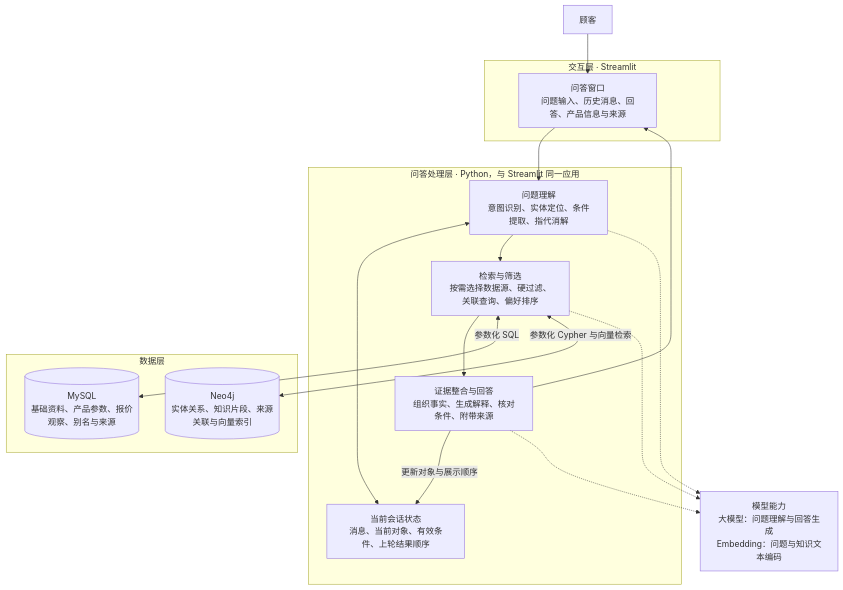
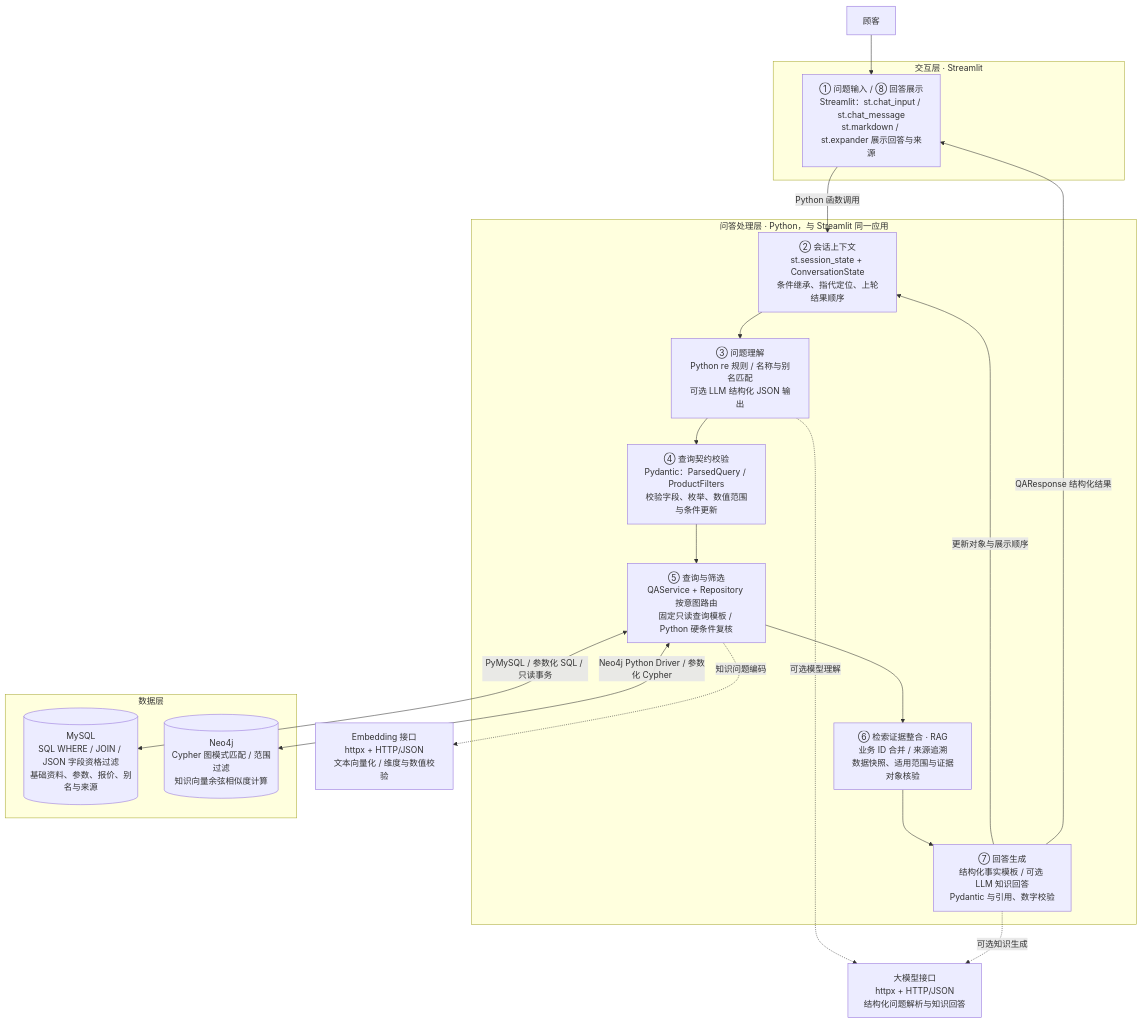
One commit to baiye099/Wine-QA-System changed the first of 2 diagrams in docs/系统架构设计.md. Above: the diagram before and after it, drawn with Mermaid. The commit also changed other lines of this file and 46 other files, not shown here.

````diff
--- a/docs/系统架构设计.md
+++ b/docs/系统架构设计.md
@@ -36,36 +39,41 @@
 ```mermaid
 flowchart TB
     USER["顾客"]
 
     subgraph UI["交互层 · Streamlit"]
-        CHAT["问答窗口<br/>问题输入、历史消息、回答、产品信息与来源"]
+        CHAT["① 问题输入 / ⑧ 回答展示<br/>Streamlit：st.chat_input / st.chat_message<br/>st.markdown / st.expander 展示回答与来源"]
     end
 
     subgraph APP["问答处理层 · Python，与 Streamlit 同一应用"]
-        UNDERSTAND["问题理解<br/>意图识别、实体定位、条件提取、指代消解"]
-        STATE["当前会话状态<br/>消息、当前对象、有效条件、上轮结果顺序"]
-        RETRIEVE["检索与筛选<br/>按需选择数据源、硬过滤、关联查询、偏好排序"]
-        GENERATE["证据整合与回答<br/>组织事实、生成解释、核对条件、附带来源"]
+        STATE["② 会话上下文<br/>st.session_state + ConversationState<br/>条件继承、指代定位、上轮结果顺序"]
+        UNDERSTAND["③ 问题理解<br/>Python re 规则 / 名称与别名匹配<br/>可选 LLM 结构化 JSON 输出"]
+        VALIDATE["④ 查询契约校验<br/>Pydantic：ParsedQuery / ProductFilters<br/>校验字段、枚举、数值范围与条件更新"]
+        RETRIEVE["⑤ 查询与筛选<br/>QAService + Repository 按意图路由<br/>固定只读查询模板 / Python 硬条件复核"]
+        CONTEXT["⑥ 检索证据整合 · RAG<br/>业务 ID 合并 / 来源追溯<br/>数据快照、适用范围与证据对象核验"]
+        GENERATE["⑦ 回答生成<br/>结构化事实模板 / 可选 LLM 知识回答<br/>Pydantic 与引用、数字校验"]
 
-        UNDERSTAND <--> STATE
-        UNDERSTAND --> RETRIEVE
-        RETRIEVE --> GENERATE
+        STATE --> UNDERSTAND
+        UNDERSTAND --> VALIDATE
+        VALIDATE --> RETRIEVE
+        RETRIEVE --> CONTEXT
+        CONTEXT --> GENERATE
         GENERATE -->|更新对象与展示顺序| STATE
     end
 
     subgraph DATA["数据层"]
-        MYSQL[("MySQL<br/>基础资料、产品参数、报价观察、别名与来源")]
-        NEO4J[("Neo4j<br/>实体关系、知识片段、来源关联与向量索引")]
+        MYSQL[("MySQL<br/>SQL WHERE / JOIN / JSON 字段资格过滤<br/>基础资料、参数、报价、别名与来源")]
+        NEO4J[("Neo4j<br/>Cypher 图模式匹配 / 范围过滤<br/>知识向量余弦相似度计算")]
     end
 
-    MODEL["模型能力<br/>大模型：问题理解与回答生成<br/>Embedding：问题与知识文本编码"]
+    LLM["大模型接口<br/>httpx + HTTP/JSON<br/>结构化问题解析与知识回答"]
+    EMBEDDING["Embedding 接口<br/>httpx + HTTP/JSON<br/>文本向量化 / 维度与数值校验"]
 
     USER --> CHAT
-    CHAT --> UNDERSTAND
-    RETRIEVE <-->|参数化 SQL| MYSQL
-    RETRIEVE <-->|参数化 Cypher 与向量检索| NEO4J
-    UNDERSTAND -.-> MODEL
-    RETRIEVE -.-> MODEL
-    GENERATE -.-> MODEL
-    GENERATE --> CHAT
+    CHAT -->|Python 函数调用| STATE
+    RETRIEVE <-->|PyMySQL / 参数化 SQL / 只读事务| MYSQL
+    RETRIEVE <-->|Neo4j Python Driver / 参数化 Cypher| NEO4J
+    UNDERSTAND -.->|可选模型理解| LLM
+    RETRIEVE -.->|知识问题编码| EMBEDDING
+    GENERATE -.->|可选知识生成| LLM
+    GENERATE -->|QAResponse 结构化结果| CHAT
 ```
````
